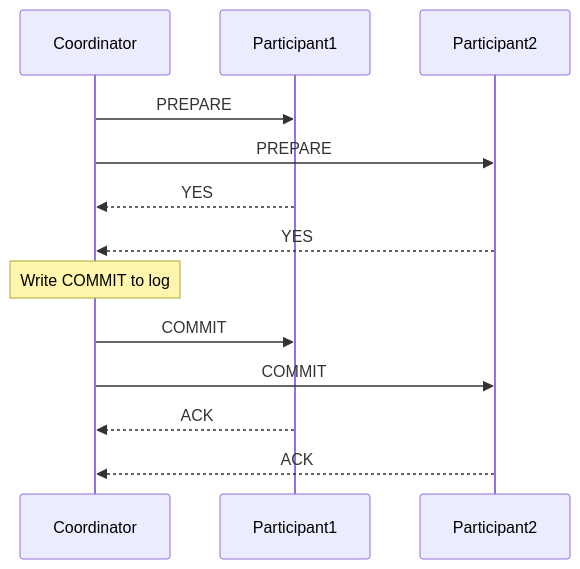
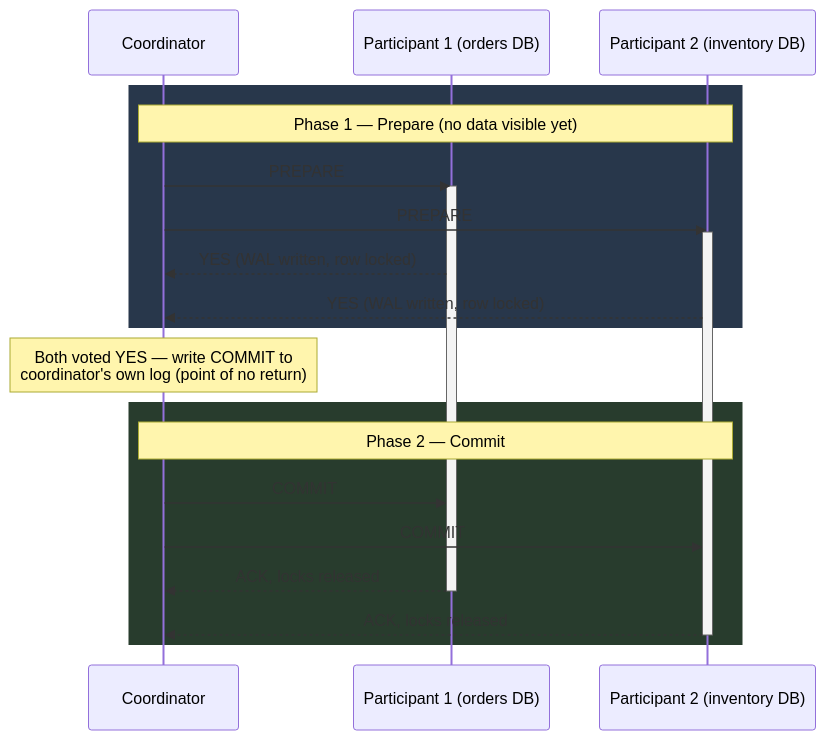
Before and after one commit to deepanshu-rawat6/DevOpsIndex: the third of 9 diagrams in system-design/distributed-transactions.md, drawn with Mermaid. The commit also changed other lines of this file and 8 other files, not shown here.

````diff
--- a/system-design/distributed-transactions.md
+++ b/system-design/distributed-transactions.md
@@ -56,16 +122,28 @@
 ```mermaid
 sequenceDiagram
     participant C as Coordinator
-    participant P1 as Participant1
-    participant P2 as Participant2
+    participant P1 as Participant 1 (orders DB)
+    participant P2 as Participant 2 (inventory DB)
 
+    rect rgb(40, 55, 75)
+    Note over C,P2: Phase 1 — Prepare (no data visible yet)
     C->>P1: PREPARE
+    activate P1
     C->>P2: PREPARE
-    P1-->>C: YES
-    P2-->>C: YES
-    Note over C: Write COMMIT to log
+    activate P2
+    P1-->>C: YES (WAL written, row locked)
+    P2-->>C: YES (WAL written, row locked)
+    end
+
+    Note over C: Both voted YES — write COMMIT to<br/>coordinator's own log (point of no return)
+
+    rect rgb(40, 60, 45)
+    Note over C,P2: Phase 2 — Commit
     C->>P1: COMMIT
     C->>P2: COMMIT
-    P1-->>C: ACK
-    P2-->>C: ACK
+    P1-->>C: ACK, locks released
+    deactivate P1
+    P2-->>C: ACK, locks released
+    deactivate P2
+    end
 ```
````
